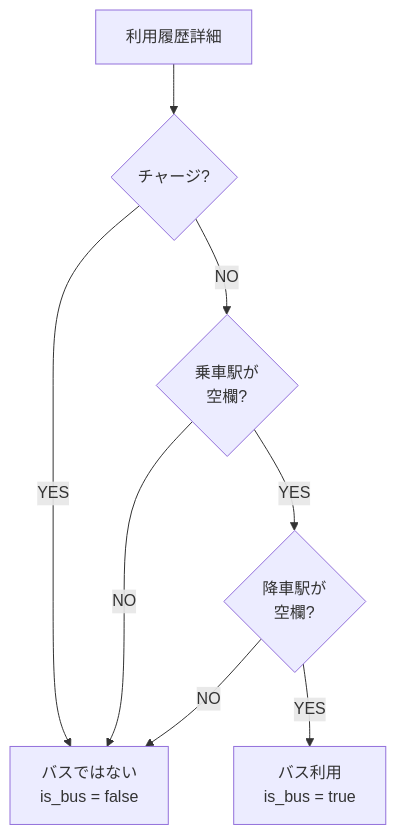
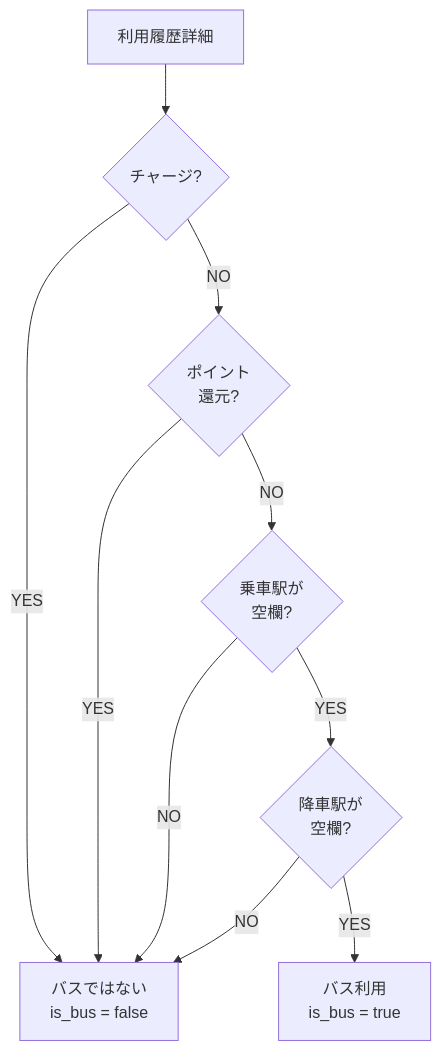
The third of 3 diagrams in ICCardManager/docs/design/04_機能設計書.md (kuwayamamasayuki/ICCardManager), drawn with Mermaid before and after one commit. The commit also changed other lines of this file and 3 other files, not shown here.

````diff
--- a/ICCardManager/docs/design/04_機能設計書.md
+++ b/ICCardManager/docs/design/04_機能設計書.md
@@ -139,10 +140,12 @@
 ```mermaid
 flowchart TD
     DETAIL[利用履歴詳細] --> CHECK_CHARGE{チャージ?}
     CHECK_CHARGE -->|YES| NOT_BUS[バスではない<br>is_bus = false]
-    CHECK_CHARGE -->|NO| CHECK_ENTRY{乗車駅が<br>空欄?}
+    CHECK_CHARGE -->|NO| CHECK_POINT{ポイント<br>還元?}
+    CHECK_POINT -->|YES| NOT_BUS
+    CHECK_POINT -->|NO| CHECK_ENTRY{乗車駅が<br>空欄?}
     CHECK_ENTRY -->|NO| NOT_BUS
     CHECK_ENTRY -->|YES| CHECK_EXIT{降車駅が<br>空欄?}
     CHECK_EXIT -->|NO| NOT_BUS
     CHECK_EXIT -->|YES| IS_BUS[バス利用<br>is_bus = true]
 ```
````
